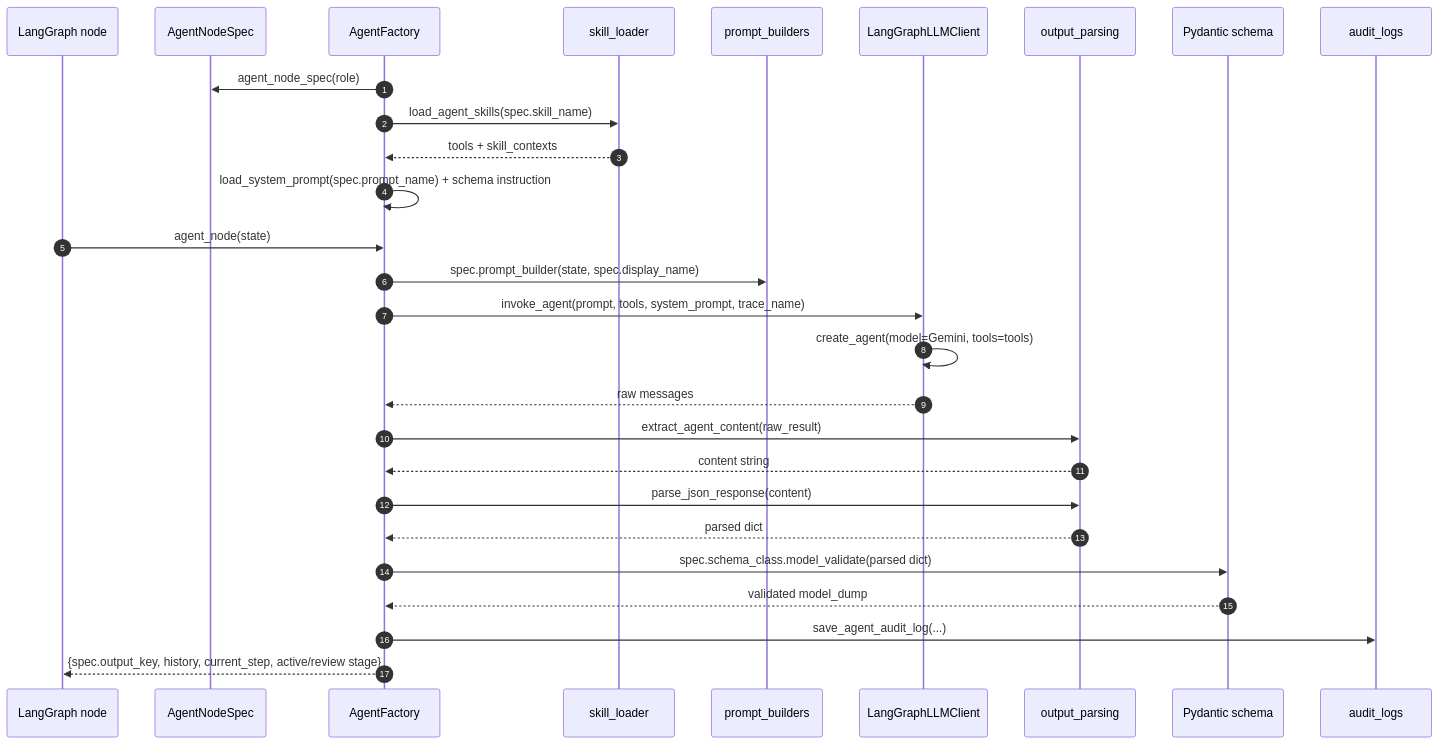
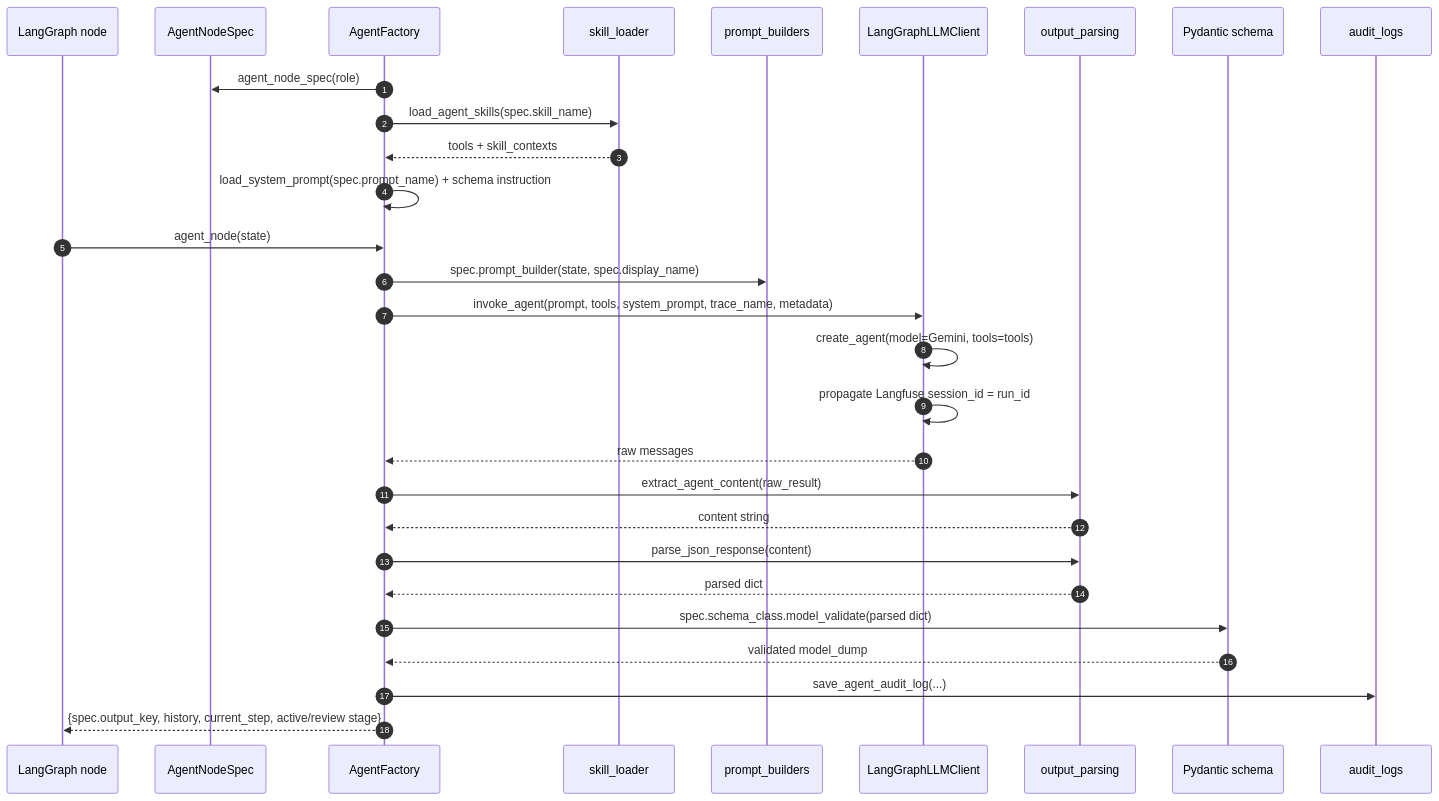
The second of 6 diagrams in src/agent-service/docs/03-agents-prompts-skills.md (anhtuan23004/Undergraduate-thesis-2026), drawn with Mermaid before and after one commit. The commit also changed other lines of this file and 4 other files, not shown here.

Commit message:
Add Langfuse session propagation

````diff
--- a/src/agent-service/docs/03-agents-prompts-skills.md
+++ b/src/agent-service/docs/03-agents-prompts-skills.md
@@ -50,31 +50,32 @@
 ```mermaid
 sequenceDiagram
     autonumber
     participant Graph as LangGraph node
     participant Spec as AgentNodeSpec
     participant Factory as AgentFactory
     participant Loader as skill_loader
     participant Prompt as prompt_builders
     participant LLM as LangGraphLLMClient
     participant Parser as output_parsing
     participant Schema as Pydantic schema
     participant Mongo as audit_logs
 
     Factory->>Spec: agent_node_spec(role)
     Factory->>Loader: load_agent_skills(spec.skill_name)
     Loader-->>Factory: tools + skill_contexts
     Factory->>Factory: load_system_prompt(spec.prompt_name) + schema instruction
     Graph->>Factory: agent_node(state)
     Factory->>Prompt: spec.prompt_builder(state, spec.display_name)
-    Factory->>LLM: invoke_agent(prompt, tools, system_prompt, trace_name)
+    Factory->>LLM: invoke_agent(prompt, tools, system_prompt, trace_name, metadata)
     LLM->>LLM: create_agent(model=Gemini, tools=tools)
+    LLM->>LLM: propagate Langfuse session_id = run_id
     LLM-->>Factory: raw messages
     Factory->>Parser: extract_agent_content(raw_result)
     Parser-->>Factory: content string
     Factory->>Parser: parse_json_response(content)
     Parser-->>Factory: parsed dict
     Factory->>Schema: spec.schema_class.model_validate(parsed dict)
     Schema-->>Factory: validated model_dump
     Factory->>Mongo: save_agent_audit_log(...)
     Factory-->>Graph: {spec.output_key, history, current_step, active/review stage}
 ```
````
